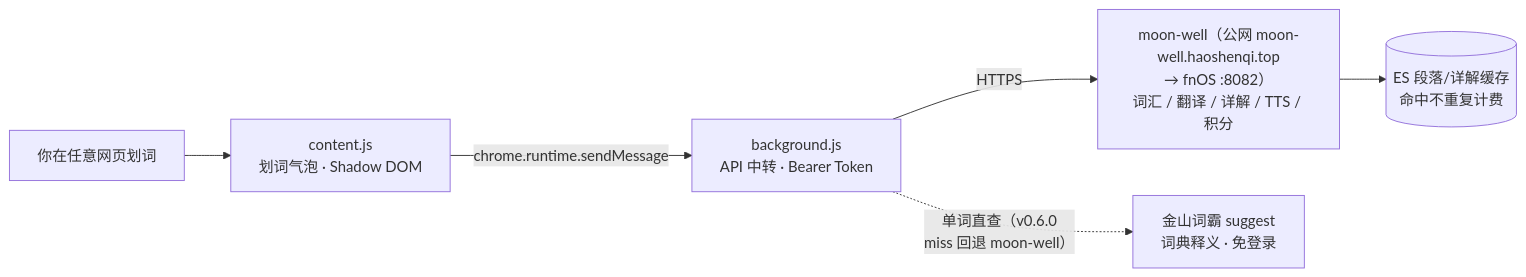
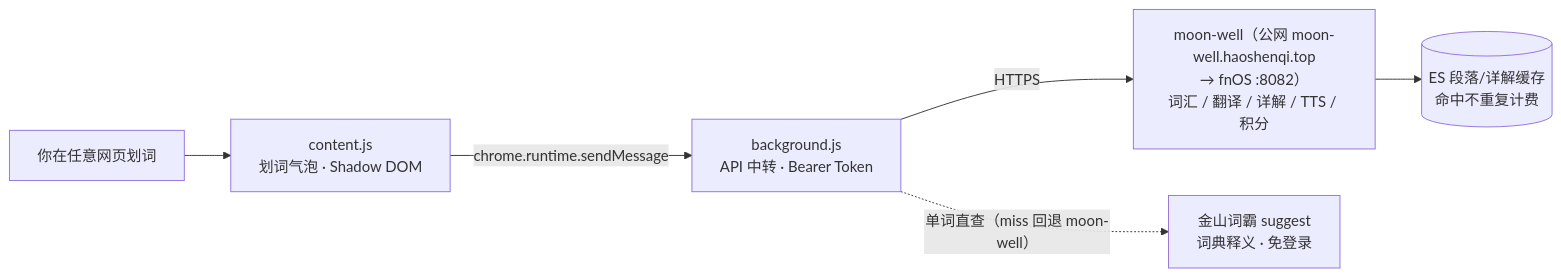
One commit to haoshenqi-family/magiclens changed the diagram in README.md. Above: the diagram before and after it, drawn with Mermaid. The commit also changed other lines of this file, not shown here.

````diff
--- a/README.md
+++ b/README.md
@@ -11,8 +62,8 @@
 ```mermaid
 flowchart LR
     U[你在任意网页划词] --> CS[content.js<br/>划词气泡 · Shadow DOM]
     CS -->|chrome.runtime.sendMessage| SW[background.js<br/>API 中转 · Bearer Token]
     SW -->|HTTPS| MW["moon-well（公网 moon-well.haoshenqi.top<br/>→ fnOS :8082）<br/>词汇 / 翻译 / 详解 / TTS / 积分"]
     MW --> ES[("ES 段落/详解缓存<br/>命中不重复计费")]
-    SW -.->|"单词直查（v0.6.0<br/>miss 回退 moon-well）"| IC["金山词霸 suggest<br/>词典释义 · 免登录"]
+    SW -.->|"单词直查（miss 回退 moon-well）"| IC["金山词霸 suggest<br/>词典释义 · 免登录"]
 ```
````
